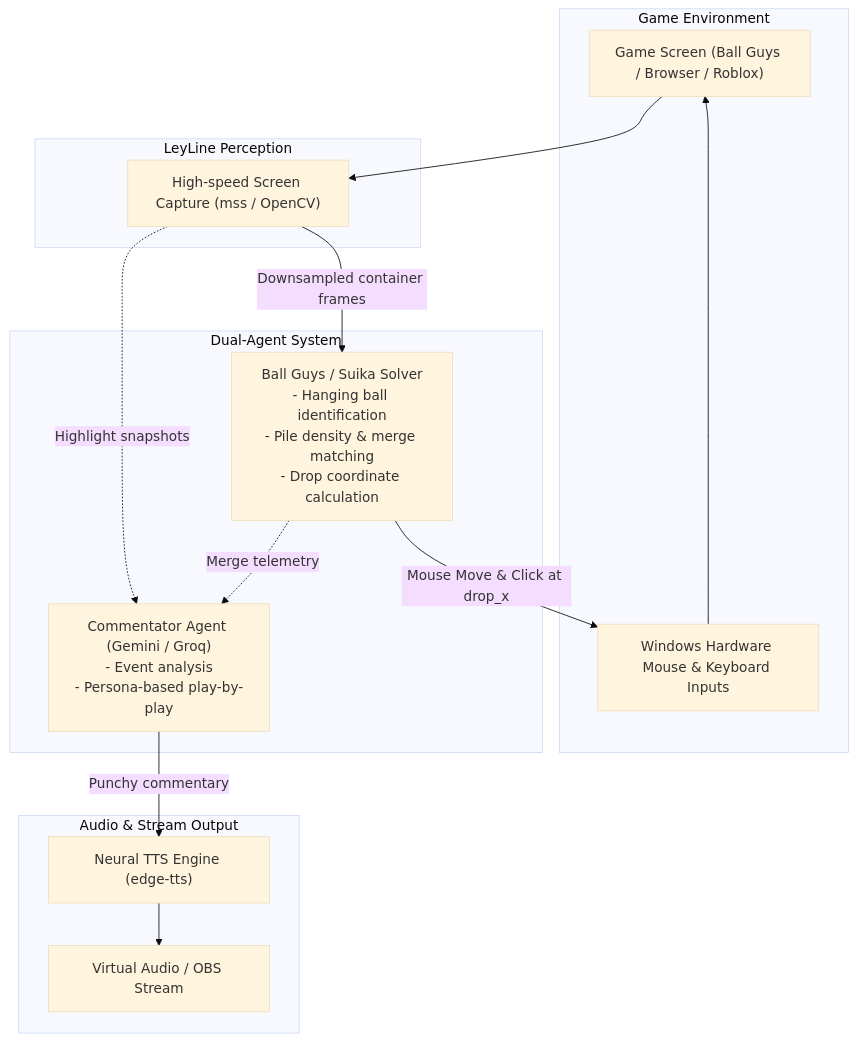
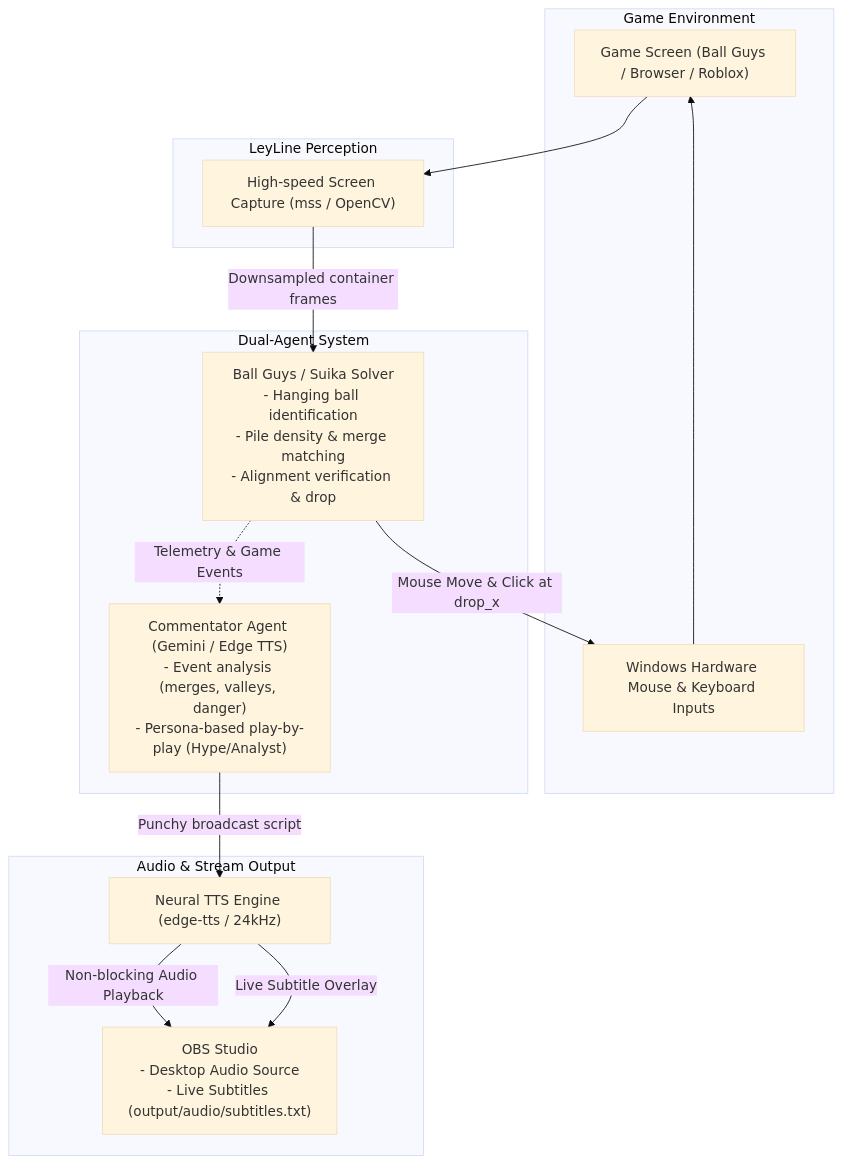
Before and after one commit to UpsiDupsii/LeyLine-Engine: the diagram in README.md, drawn with Mermaid (base theme). The commit also changed other lines of this file and 11 other files, not shown here.

Commit message:
feat(audio): add neural voice commentator engine, caster personas, and obs live stream subtitles

````diff
--- a/README.md
+++ b/README.md
@@ -26,30 +27,30 @@
 ```mermaid
 flowchart TD
     subgraph Target ["Game Environment"]
         Screen["Game Screen (Ball Guys / Browser / Roblox)"]
         Inputs["Windows Hardware Mouse & Keyboard Inputs"]
     end
 
     subgraph Core ["LeyLine Perception"]
         Capture["High-speed Screen Capture (mss / OpenCV)"]
     end
 
     subgraph Agents ["Dual-Agent System"]
-        BallGuysAgent["Ball Guys / Suika Solver\n- Hanging ball identification\n- Pile density & merge matching\n- Drop coordinate calculation"]
-        CommentatorAgent["Commentator Agent (Gemini / Groq)\n- Event analysis\n- Persona-based play-by-play"]
+        BallGuysAgent["Ball Guys / Suika Solver\n- Hanging ball identification\n- Pile density & merge matching\n- Alignment verification & drop"]
+        CommentatorAgent["Commentator Agent (Gemini / Edge TTS)\n- Event analysis (merges, valleys, danger)\n- Persona-based play-by-play (Hype/Analyst)"]
     end
 
     subgraph Output ["Audio & Stream Output"]
-        TTS["Neural TTS Engine (edge-tts)"]
-        StreamAudio["Virtual Audio / OBS Stream"]
+        TTS["Neural TTS Engine (edge-tts / 24kHz)"]
+        OBS["OBS Studio\n- Desktop Audio Source\n- Live Subtitles (output/audio/subtitles.txt)"]
     end
 
     Screen --> Capture
     Capture -->|Downsampled container frames| BallGuysAgent
     BallGuysAgent -->|Mouse Move & Click at drop_x| Inputs
     Inputs --> Screen
-    Capture -.->|Highlight snapshots| CommentatorAgent
-    BallGuysAgent -.->|Merge telemetry| CommentatorAgent
-    CommentatorAgent -->|Punchy commentary| TTS
-    TTS --> StreamAudio
+    BallGuysAgent -.->|Telemetry & Game Events| CommentatorAgent
+    CommentatorAgent -->|Punchy broadcast script| TTS
+    TTS -->|Non-blocking Audio Playback| OBS
+    TTS -->|Live Subtitle Overlay| OBS
 ```
````
